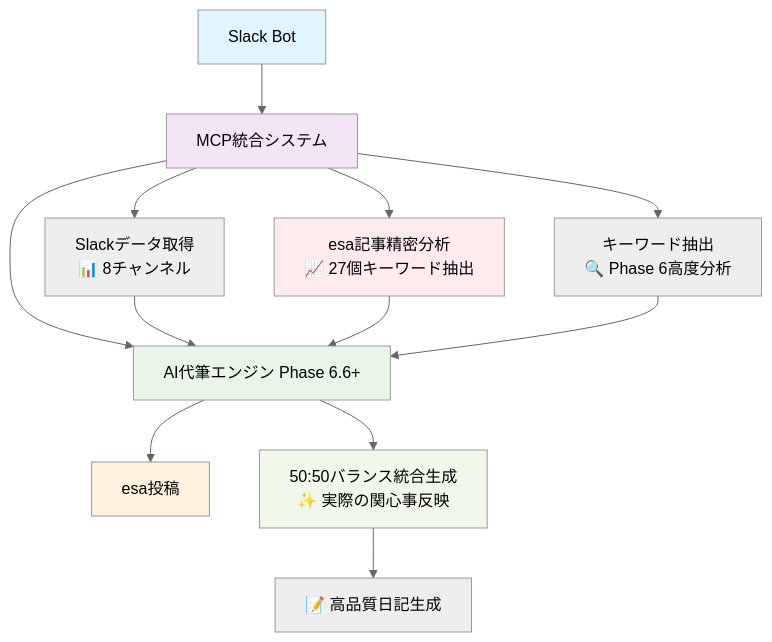
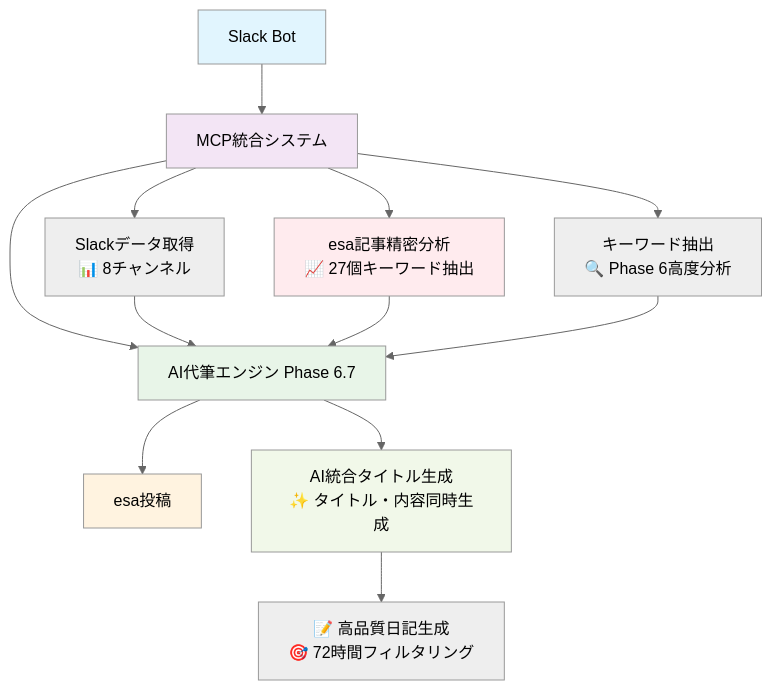
The first of 2 diagrams in README.md (esminc/ghostwriter-ai-system), drawn with Mermaid (neutral theme) before and after one commit. The commit also changed other lines of this file, not shown here.

First line of the commit message:
docs: README.md Phase 6.7更新と客観的表現への修正

````diff
--- a/README.md
+++ b/README.md
@@ -55,24 +64,24 @@
 ```mermaid
 flowchart TD
     A[Slack Bot] --> B[MCP統合システム]
-    B --> C[AI代筆エンジン Phase 6.6+]
+    B --> C[AI代筆エンジン Phase 6.7]
     C --> D[esa投稿]
     
     B --> E[Slackデータ取得<br/>📊 8チャンネル]
     B --> F[esa記事精密分析<br/>📈 27個キーワード抽出]
     B --> H[キーワード抽出<br/>🔍 Phase 6高度分析]
     
     E --> C
     F --> C
     H --> C
     
-    C --> G[50:50バランス統合生成<br/>✨ 実際の関心事反映]
-    G --> J[📝 高品質日記生成]
+    C --> G[AI統合タイトル生成<br/>✨ タイトル・内容同時生成]
+    G --> J[📝 高品質日記生成<br/>🎯 72時間フィルタリング]
     
     style A fill:#e1f5fe
     style B fill:#f3e5f5
     style C fill:#e8f5e8
     style D fill:#fff3e0
     style F fill:#ffebee
     style G fill:#f1f8e9
 ```
````
